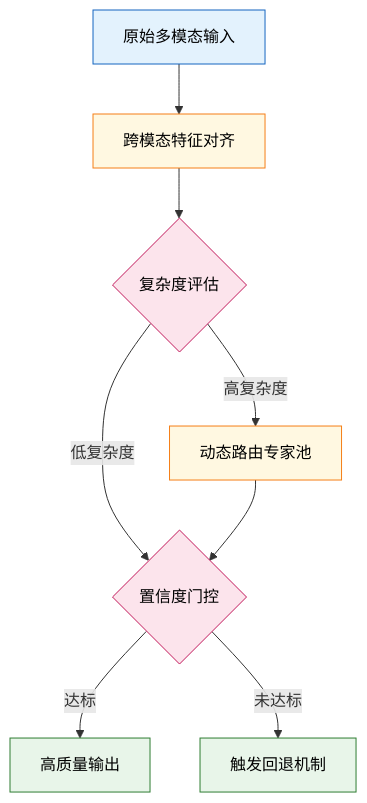
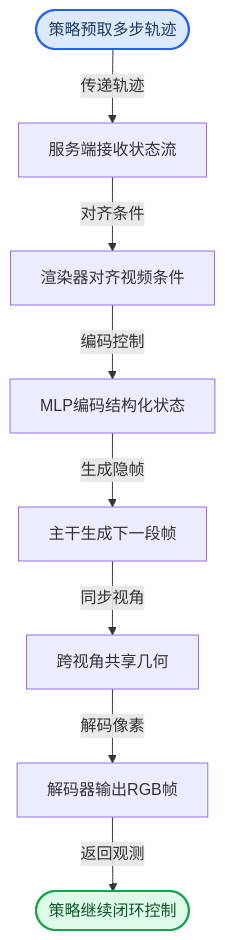
The third of 13 diagrams in person_vault/2026-06-12_OmniDreamsRealTimeGenerativeWorldModel_2606.03159/report.md (ShinewineW/paper-rolling), drawn with Mermaid before and after one commit. The commit also changed other lines of this file and 51 other files, not shown here.

````diff
--- a/person_vault/2026-06-12_OmniDreamsRealTimeGenerativeWorldModel_2606.03159/report.md
+++ b/person_vault/2026-06-12_OmniDreamsRealTimeGenerativeWorldModel_2606.03159/report.md
@@ -92,21 +237,23 @@
 ```mermaid
-flowchart TD
-    classDef input fill:#e3f2fd,stroke:#1565c0,color:#000;
-    classDef process fill:#fff8e1,stroke:#f57f17,color:#000;
-    classDef decision fill:#fce4ec,stroke:#c2185b,color:#000;
-    classDef output fill:#e8f5e9,stroke:#2e7d32,color:#000;
-    
-    raw_input["原始多模态输入"]:::input
-    align_module["跨模态特征对齐"]:::process
-    route_check{复杂度评估}:::decision
-    expert_pool["动态路由专家池"]:::process
-    gate_check{置信度门控}:::decision
-    final_output["高质量输出"]:::output
-    
-    raw_input --> align_module --> route_check
-    route_check -->|高复杂度| expert_pool
-    route_check -->|低复杂度| gate_check
-    expert_pool --> gate_check
-    gate_check -->|达标| final_output
-    gate_check -->|未达标| fallback["触发回退机制"]:::output
+flowchart TB
+  start_node(["策略预取多步轨迹"]):::required
+  recv_state["服务端接收状态流"]
+  align_cond["渲染器对齐视频条件"]
+  encode_ctrl["MLP编码结构化状态"]
+  gen_latent["主干生成下一段帧"]
+  share_geo["跨视角共享几何"]
+  decode_rgb["解码器输出RGB帧"]
+  end_node(["策略继续闭环控制"]):::output
+
+  start_node -->|传递轨迹| recv_state
+  recv_state -->|对齐条件| align_cond
+  align_cond -->|编码控制| encode_ctrl
+  encode_ctrl -->|生成隐帧| gen_latent
+  gen_latent -->|同步视角| share_geo
+  share_geo -->|解码像素| decode_rgb
+  decode_rgb -->|返回观测| end_node
+
+  classDef required fill:#dbeafe,stroke:#2563eb,stroke-width:2px,color:#1e3a5f
+  classDef output fill:#dcfce7,stroke:#16a34a,stroke-width:2px,color:#14532d
+  classDef optional fill:#fef9c3,stroke:#ca8a04,stroke-width:2px,color:#713f12
 ```
````
